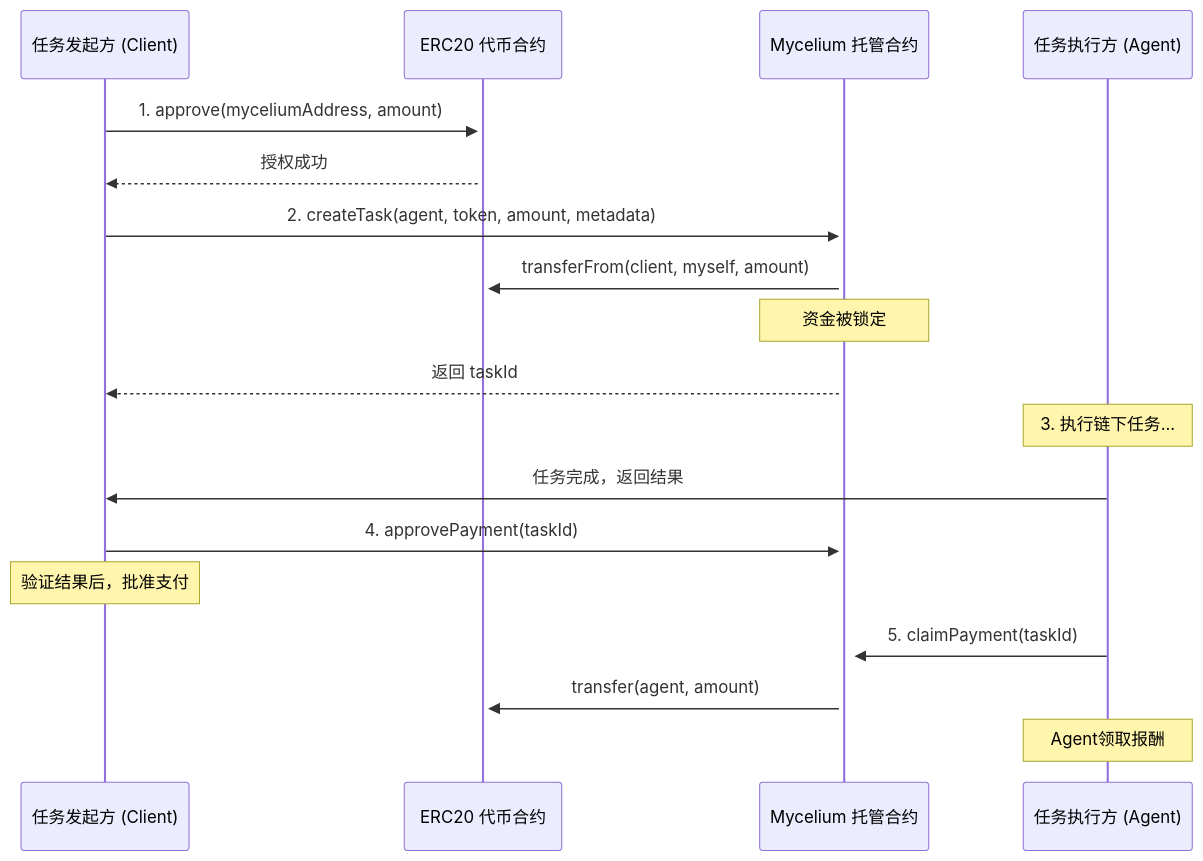
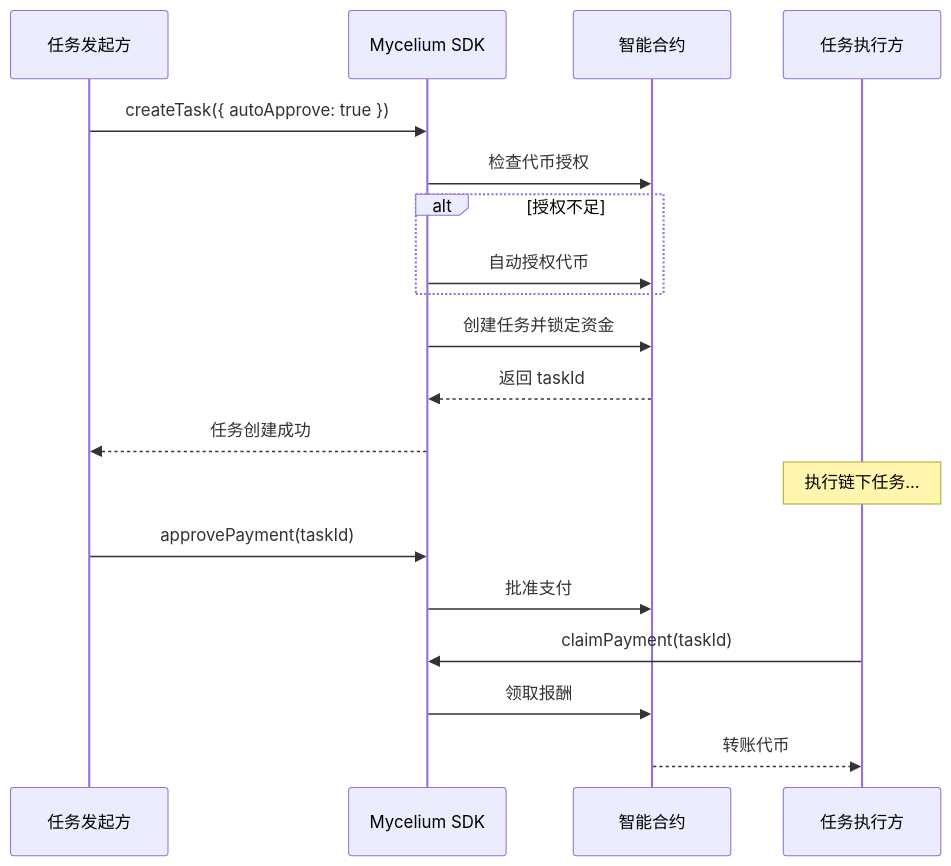
One commit to PeterFile/Mycelium-Protocol changed the diagram in README.md. Above: the diagram before and after it, drawn with Mermaid. The commit also changed other lines of this file and 1 other file, not shown here.

````diff
--- a/README.md
+++ b/README.md
@@ -39,25 +121,25 @@
 ```mermaid
 sequenceDiagram
-    participant Client as 任务发起方 (Client)
-    participant Token as ERC20 代币合约
-    participant Mycelium as Mycelium 托管合约
-    participant Agent as 任务执行方 (Agent)
+    participant Client as 任务发起方
+    participant SDK as Mycelium SDK
+    participant Contract as 智能合约
+    participant Agent as 任务执行方
 
-    Client->>+Token: 1. approve(myceliumAddress, amount)
-    Token-->>Client: 授权成功
+    Client->>SDK: createTask({ autoApprove: true })
+    SDK->>Contract: 检查代币授权
+    alt 授权不足
+        SDK->>Contract: 自动授权代币
+    end
+    SDK->>Contract: 创建任务并锁定资金
+    Contract-->>SDK: 返回 taskId
+    SDK-->>Client: 任务创建成功
 
-    Client->>+Mycelium: 2. createTask(agent, token, amount, metadata)
-    Mycelium->>Token: transferFrom(client, myself, amount)
-    Note over Mycelium: 资金被锁定
-    Mycelium-->>Client: 返回 taskId
-
-    Note over Agent: 3. 执行链下任务...
-    Agent->>Client: 任务完成，返回结果
-
-    Client->>+Mycelium: 4. approvePayment(taskId)
-    Note over Client: 验证结果后，批准支付
-
-    Agent->>+Mycelium: 5. claimPayment(taskId)
-    Mycelium->>Token: transfer(agent, amount)
-    Note over Agent: Agent领取报酬
+    Note over Agent: 执行链下任务...
+    
+    Client->>SDK: approvePayment(taskId)
+    SDK->>Contract: 批准支付
+    
+    Agent->>SDK: claimPayment(taskId)
+    SDK->>Contract: 领取报酬
+    Contract-->>Agent: 转账代币
 ```
````
